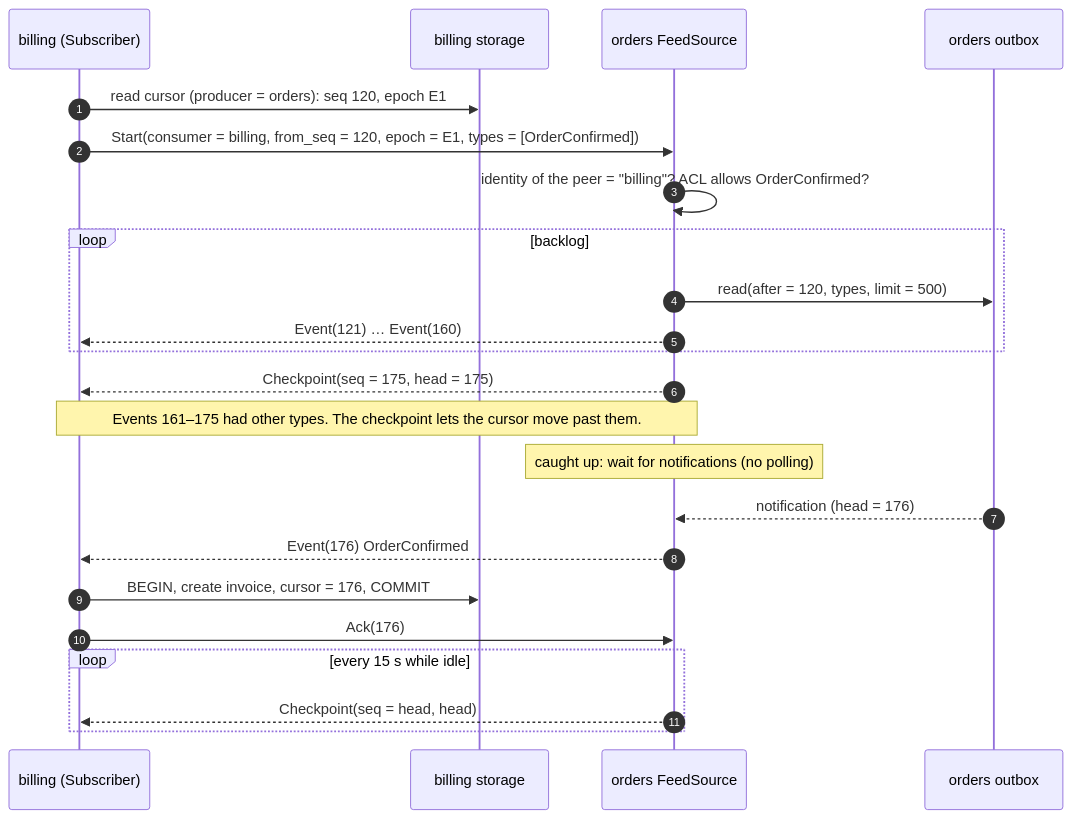
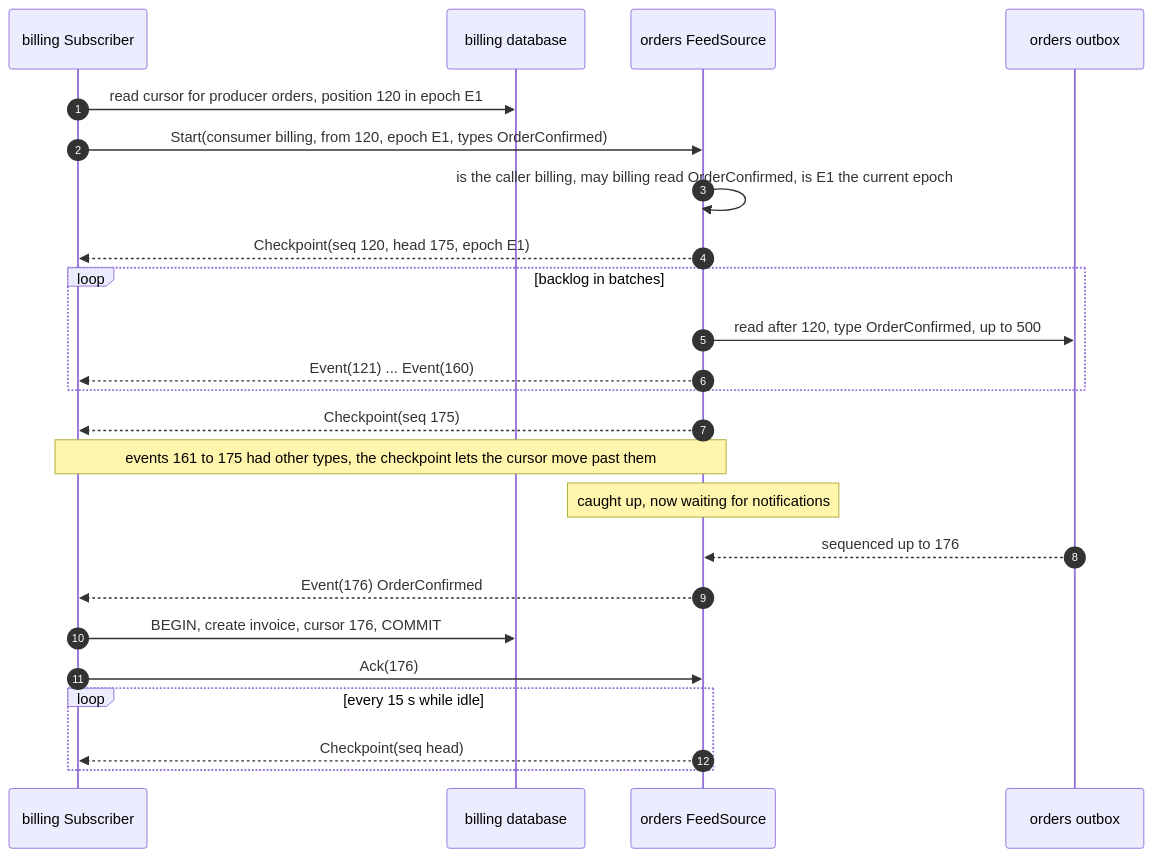
One commit to eugenezimin/z-event changed the sixth of 17 diagrams in DESIGN.md. Above: the diagram before and after it, drawn with Mermaid. The commit also changed other lines of this file and 6 other files, not shown here.

````diff
--- a/DESIGN.md
+++ b/DESIGN.md
@@ -199,26 +224,27 @@
 ```mermaid
 sequenceDiagram
     autonumber
-    participant B as billing (Subscriber)
-    participant BDB as billing storage
+    participant B as billing Subscriber
+    participant BDB as billing database
     participant F as orders FeedSource
     participant OB as orders outbox
 
-    B->>BDB: read cursor (producer = orders): seq 120, epoch E1
-    B->>F: Start(consumer = billing, from_seq = 120, epoch = E1, types = [OrderConfirmed])
-    F->>F: identity of the peer = "billing"? ACL allows OrderConfirmed?
-    loop backlog
-        F->>OB: read(after = 120, types, limit = 500)
-        F-->>B: Event(121) … Event(160)
+    B->>BDB: read cursor for producer orders, position 120 in epoch E1
+    B->>F: Start(consumer billing, from 120, epoch E1, types OrderConfirmed)
+    F->>F: is the caller billing, may billing read OrderConfirmed, is E1 the current epoch
+    F-->>B: Checkpoint(seq 120, head 175, epoch E1)
+    loop backlog in batches
+        F->>OB: read after 120, type OrderConfirmed, up to 500
+        F-->>B: Event(121) ... Event(160)
     end
-    F-->>B: Checkpoint(seq = 175, head = 175)
-    Note over F,B: Events 161–175 had other types. The checkpoint lets the cursor move past them.
-    Note over F: caught up: wait for notifications (no polling)
-    OB-->>F: notification (head = 176)
+    F-->>B: Checkpoint(seq 175)
+    Note over F,B: events 161 to 175 had other types, the checkpoint lets the cursor move past them
+    Note over F: caught up, now waiting for notifications
+    OB-->>F: sequenced up to 176
     F-->>B: Event(176) OrderConfirmed
-    B->>BDB: BEGIN, create invoice, cursor = 176, COMMIT
+    B->>BDB: BEGIN, create invoice, cursor 176, COMMIT
     B->>F: Ack(176)
     loop every 15 s while idle
-        F-->>B: Checkpoint(seq = head, head)
+        F-->>B: Checkpoint(seq head)
     end
 ```
````
